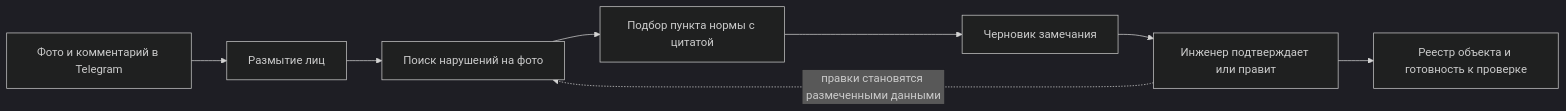
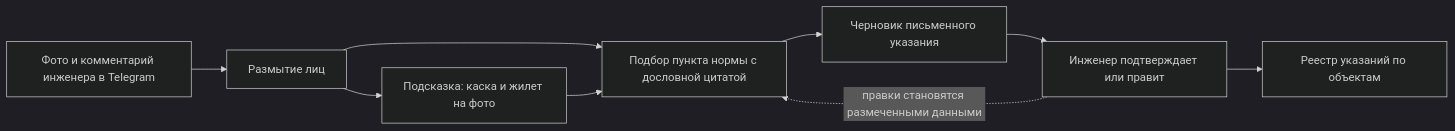
One commit to Damenzzzz/ai-sana changed the second of 2 diagrams in PLAN.md. Above: the diagram before and after it, drawn with Mermaid (dark theme). The commit also changed other lines of this file and 7 other files, not shown here.

````diff
--- a/PLAN.md
+++ b/PLAN.md
@@ -75,10 +79,11 @@
 ```mermaid
 flowchart LR
-  U[Фото и комментарий в Telegram] --> F[Размытие лиц]
-  F --> CV[Поиск нарушений на фото]
-  CV --> R[Подбор пункта нормы с цитатой]
-  R --> DOC[Черновик замечания]
+  U[Фото и комментарий инженера в Telegram] --> F[Размытие лиц]
+  F --> CV[Подсказка: каска и жилет на фото]
+  F --> R[Подбор пункта нормы с дословной цитатой]
+  CV --> R
+  R --> DOC[Черновик письменного указания]
   DOC --> H[Инженер подтверждает или правит]
-  H --> REG[Реестр объекта и готовность к проверке]
-  H -. правки становятся размеченными данными .-> CV
+  H --> REG[Реестр указаний по объектам]
+  H -. правки становятся размеченными данными .-> R
 ```
````
